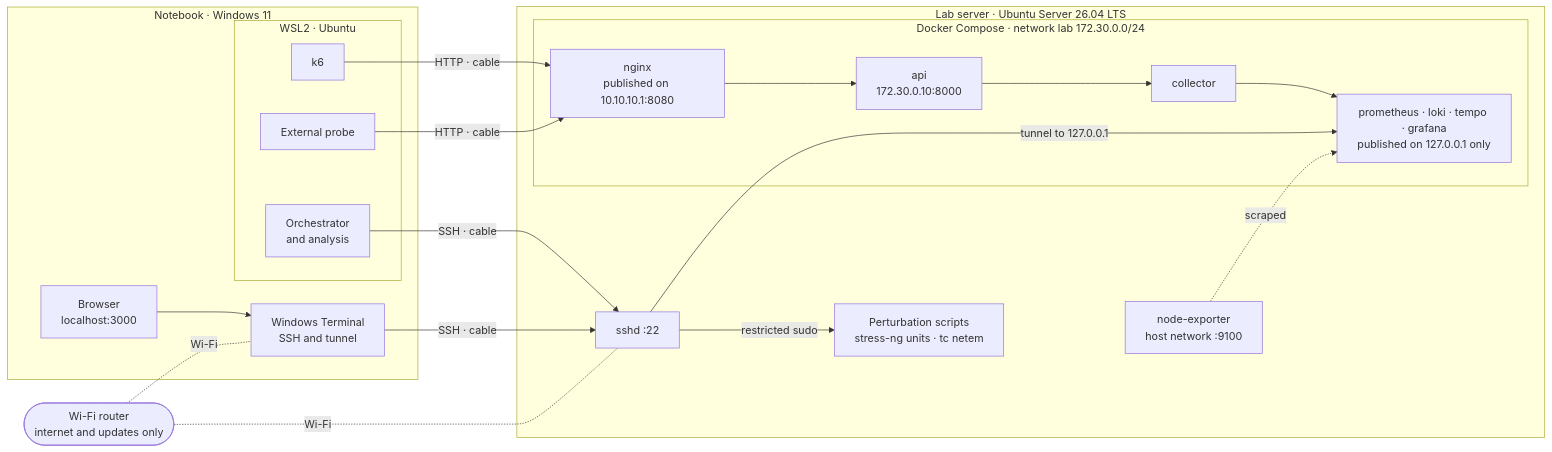
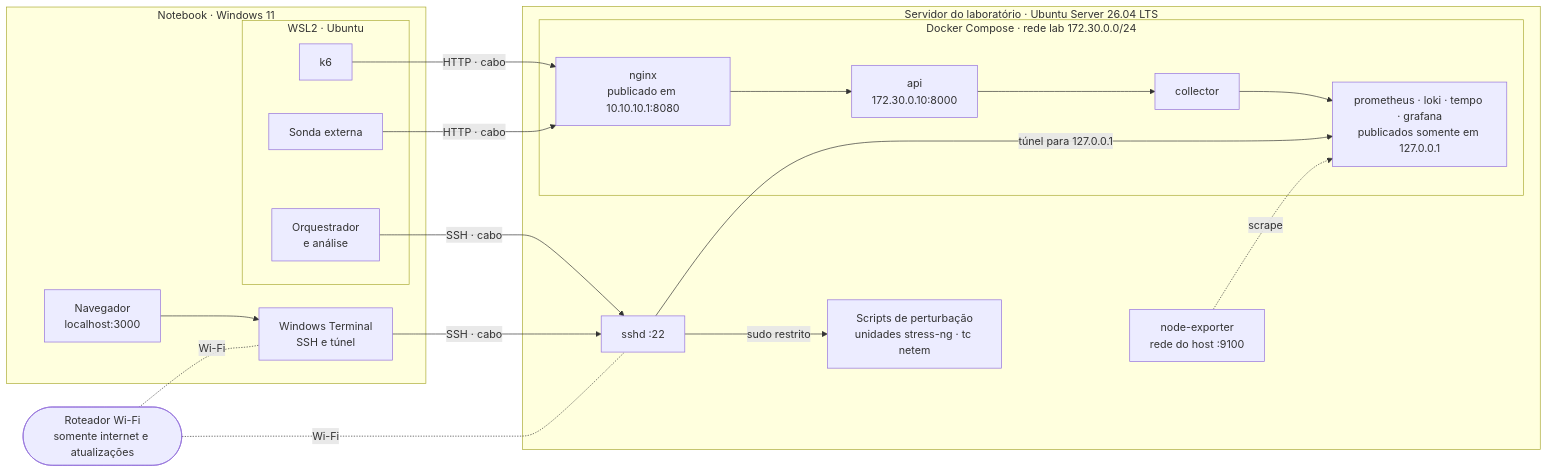
Before and after one commit to itamarsb/Observability-Engineering-Framework: the first of 7 diagrams in docs/architecture/README.md, drawn with Mermaid. The commit also changed other lines of this file and 4 other files, not shown here.

````diff
--- a/docs/architecture/README.md
+++ b/docs/architecture/README.md
@@ -21,38 +21,38 @@
 ```mermaid
 flowchart LR
     subgraph NB["Notebook · Windows 11"]
         subgraph WSL["WSL2 · Ubuntu"]
             K6["k6"]
-            PROBE["External probe"]
-            ORCH["Orchestrator<br/>and analysis"]
+            PROBE["Sonda externa"]
+            ORCH["Orquestrador<br/>e análise"]
         end
-        BROWSER["Browser<br/>localhost:3000"]
-        TERM["Windows Terminal<br/>SSH and tunnel"]
+        BROWSER["Navegador<br/>localhost:3000"]
+        TERM["Windows Terminal<br/>SSH e túnel"]
     end
 
-    ROUTER(["Wi-Fi router<br/>internet and updates only"])
+    ROUTER(["Roteador Wi-Fi<br/>somente internet e atualizações"])
 
-    subgraph SRV["Lab server · Ubuntu Server 26.04 LTS"]
+    subgraph SRV["Servidor do laboratório · Ubuntu Server 26.04 LTS"]
         SSHD["sshd :22"]
-        PERT["Perturbation scripts<br/>stress-ng units · tc netem"]
-        NODE["node-exporter<br/>host network :9100"]
-        subgraph DC["Docker Compose · network lab 172.30.0.0/24"]
-            NGINX["nginx<br/>published on 10.10.10.1:8080"]
+        PERT["Scripts de perturbação<br/>unidades stress-ng · tc netem"]
+        NODE["node-exporter<br/>rede do host :9100"]
+        subgraph DC["Docker Compose · rede lab 172.30.0.0/24"]
+            NGINX["nginx<br/>publicado em 10.10.10.1:8080"]
             API["api<br/>172.30.0.10:8000"]
             COL["collector"]
-            BACK["prometheus · loki · tempo · grafana<br/>published on 127.0.0.1 only"]
+            BACK["prometheus · loki · tempo · grafana<br/>publicados somente em 127.0.0.1"]
         end
     end
 
-    K6 -->|"HTTP · cable"| NGINX
-    PROBE -->|"HTTP · cable"| NGINX
-    ORCH -->|"SSH · cable"| SSHD
+    K6 -->|"HTTP · cabo"| NGINX
+    PROBE -->|"HTTP · cabo"| NGINX
+    ORCH -->|"SSH · cabo"| SSHD
     BROWSER --> TERM
-    TERM -->|"SSH · cable"| SSHD
-    SSHD -->|"restricted sudo"| PERT
-    SSHD -->|"tunnel to 127.0.0.1"| BACK
+    TERM -->|"SSH · cabo"| SSHD
+    SSHD -->|"sudo restrito"| PERT
+    SSHD -->|"túnel para 127.0.0.1"| BACK
     NGINX --> API --> COL --> BACK
-    NODE -.->|scraped| BACK
+    NODE -.->|scrape| BACK
     ROUTER -.-|Wi-Fi| TERM
     ROUTER -.-|Wi-Fi| SSHD
 ```
````
